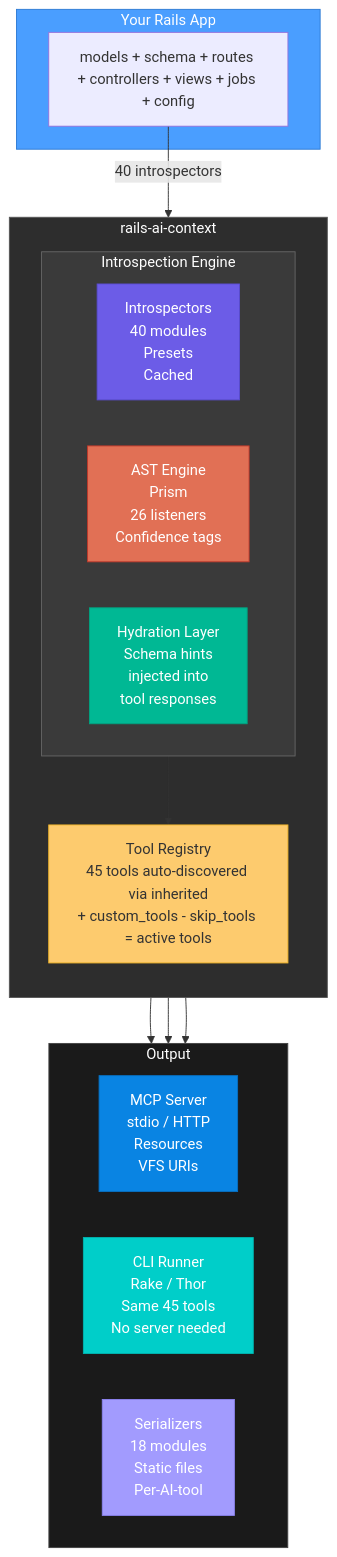
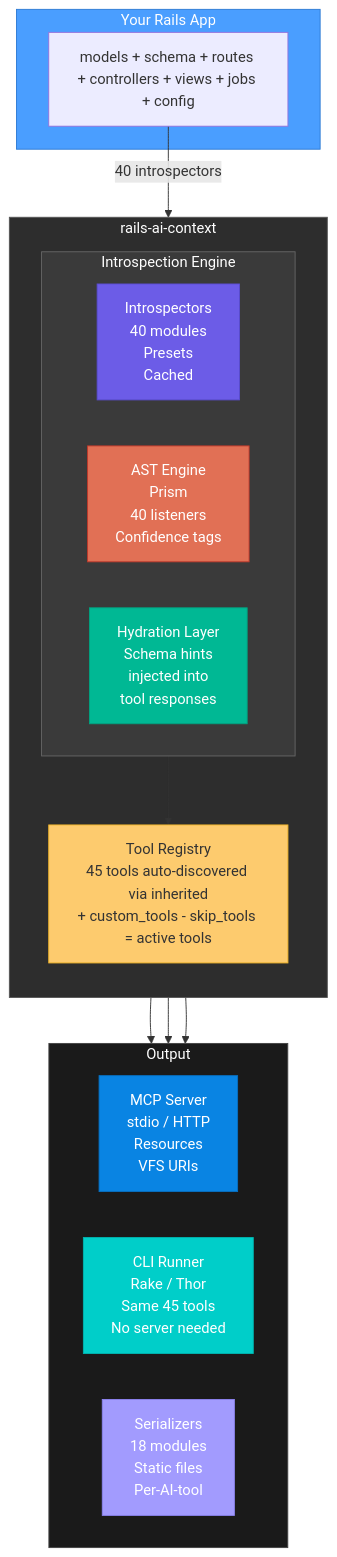
One commit to crisnahine/rails-ai-context changed the first of 3 diagrams in docs/ARCHITECTURE.md. Above: the diagram before and after it, drawn with Mermaid. The commit also changed 3 other files, not shown here.

````diff
--- a/docs/ARCHITECTURE.md
+++ b/docs/ARCHITECTURE.md
@@ -15,44 +15,44 @@
 ```mermaid
 graph TD
     subgraph app["Your Rails App"]
         A["models + schema + routes + controllers + views + jobs + config"]
     end
 
     A -->|"40 introspectors"| gem
 
     subgraph gem["rails-ai-context"]
         direction TB
 
         subgraph engine["Introspection Engine"]
             direction LR
             I["Introspectors\n40 modules\nPresets\nCached"]
-            AST["AST Engine\nPrism\n26 listeners\nConfidence tags"]
+            AST["AST Engine\nPrism\n40 listeners\nConfidence tags"]
             H["Hydration Layer\nSchema hints\ninjected into\ntool responses"]
         end
 
         engine --> R["Tool Registry\n45 tools auto-discovered via inherited\n+ custom_tools - skip_tools = active tools"]
     end
 
     R --> MCP
     R --> CLI
     R --> S
 
     subgraph outputs["Output"]
         direction LR
         MCP["MCP Server\nstdio / HTTP\nResources\nVFS URIs"]
         CLI["CLI Runner\nRake / Thor\nSame 45 tools\nNo server needed"]
         S["Serializers\n18 modules\nStatic files\nPer-AI-tool"]
     end
 
     style app fill:#4a9eff,stroke:#2d7ad4,color:#fff
     style gem fill:#2d2d2d,stroke:#555,color:#fff
     style engine fill:#3a3a3a,stroke:#666,color:#fff
     style outputs fill:#1a1a1a,stroke:#444,color:#fff
     style I fill:#6c5ce7,stroke:#5a4bd1,color:#fff
     style AST fill:#e17055,stroke:#c0392b,color:#fff
     style H fill:#00b894,stroke:#00a381,color:#fff
     style R fill:#fdcb6e,stroke:#f0b429,color:#333
     style MCP fill:#0984e3,stroke:#0770c2,color:#fff
     style CLI fill:#00cec9,stroke:#00b5b0,color:#fff
     style S fill:#a29bfe,stroke:#8c83f0,color:#fff
 ```
````
